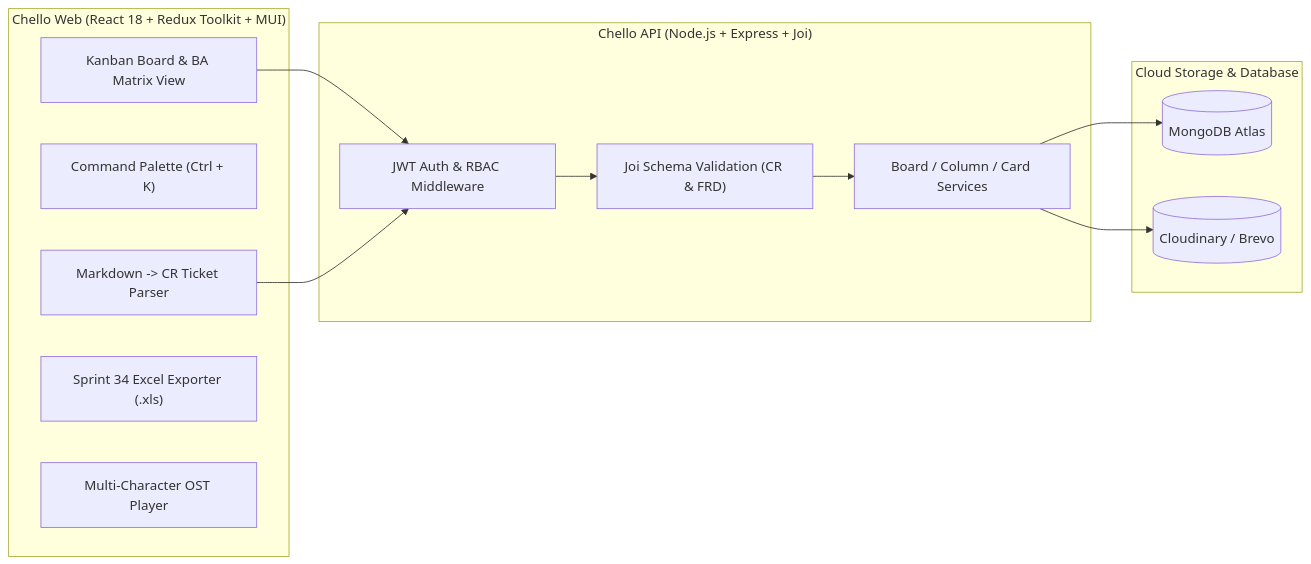
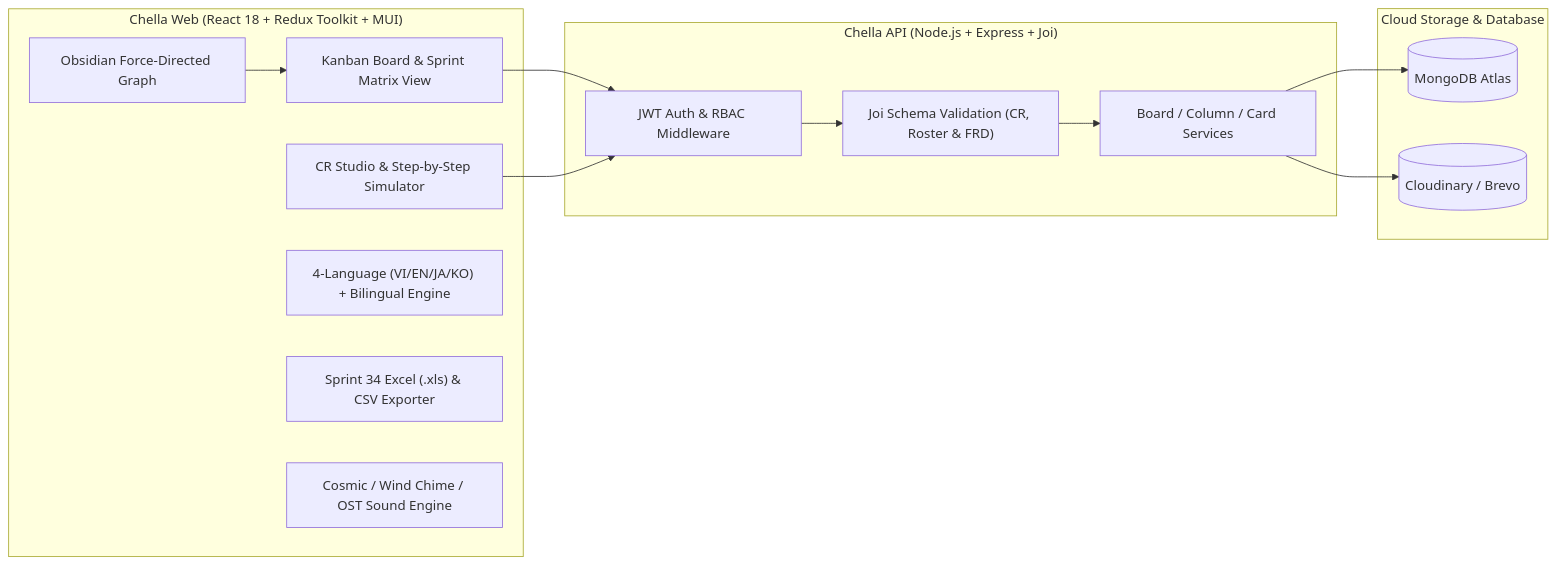
The diagram in README.md (phuckid28/chello-web), drawn with Mermaid before and after one commit. The commit also changed other lines of this file and 33 other files, not shown here.

Commit message:
feat: release Chella v4.0.0 with 4-lang bilingual engine, Obsidian graph, CR Studio simulator, Cosmos/Wind-Chime themes, and Sprint 34 Excel/CSV template

````diff
--- a/README.md
+++ b/README.md
@@ -76,26 +78,28 @@
 ```mermaid
 flowchart LR
-  subgraph Client["Chello Web (React 18 + Redux Toolkit + MUI)"]
-    UI["Kanban Board & BA Matrix View"]
-    CMD["Command Palette (Ctrl + K)"]
-    MD["Markdown -> CR Ticket Parser"]
-    XLS["Sprint 34 Excel Exporter (.xls)"]
-    OST["Multi-Character OST Player"]
+  subgraph Client["Chella Web (React 18 + Redux Toolkit + MUI)"]
+    UI["Kanban Board & Sprint Matrix View"]
+    GRAPH["Obsidian Force-Directed Graph"]
+    STUDIO["CR Studio & Step-by-Step Simulator"]
+    I18N["4-Language (VI/EN/JA/KO) + Bilingual Engine"]
+    XLS["Sprint 34 Excel (.xls) & CSV Exporter"]
+    AUDIO["Cosmic / Wind Chime / OST Sound Engine"]
   end
 
-  subgraph Server["Chello API (Node.js + Express + Joi)"]
+  subgraph Server["Chella API (Node.js + Express + Joi)"]
     AUTH["JWT Auth & RBAC Middleware"]
-    VAL["Joi Schema Validation (CR & FRD)"]
+    VAL["Joi Schema Validation (CR, Roster & FRD)"]
     SVC["Board / Column / Card Services"]
   end
 
   subgraph DB["Cloud Storage & Database"]
     MONGO[("MongoDB Atlas")]
     CLD[("Cloudinary / Brevo")]
   end
 
   UI --> AUTH
-  MD --> AUTH
+  GRAPH --> UI
+  STUDIO --> AUTH
   AUTH --> VAL --> SVC --> MONGO
   SVC --> CLD
 ```
````
